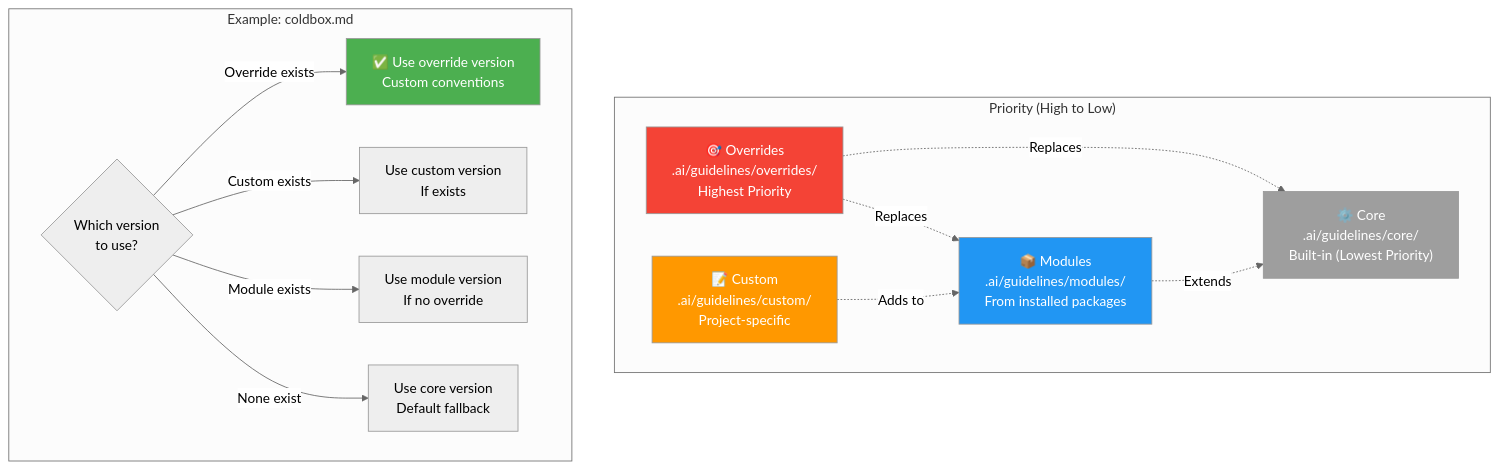
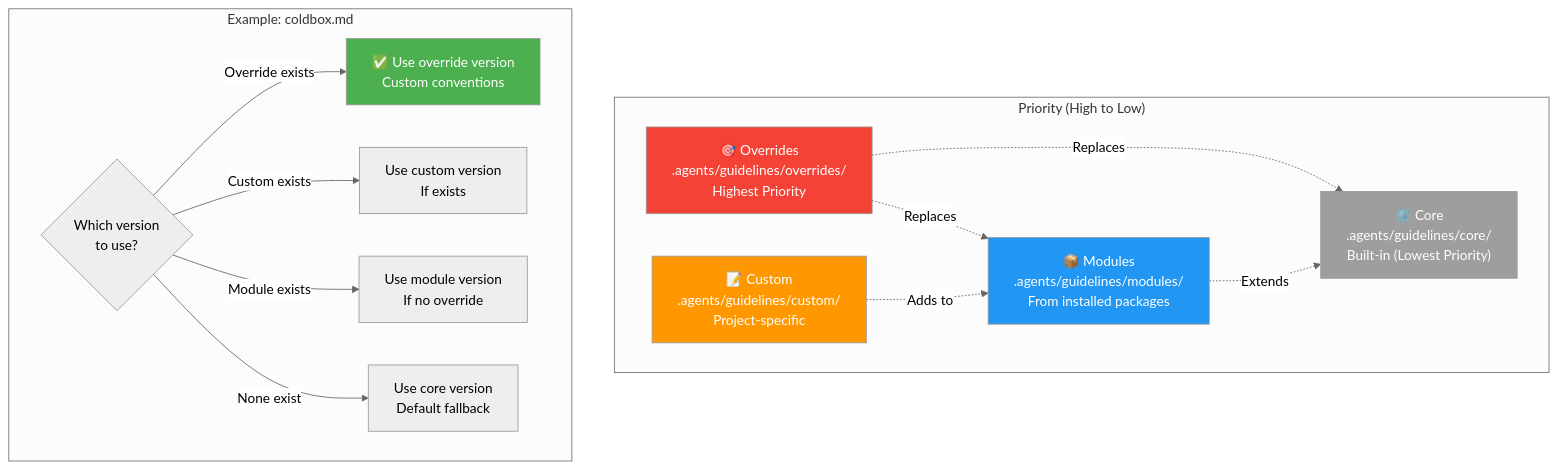
One commit to ortus-docs/coldbox-docs changed the sixth of 8 diagrams in digging-deeper/ai/agentic-coldbox.md. Above: the diagram before and after it, drawn with Mermaid (neutral theme). The commit also changed other lines of this file, not shown here.

````diff
--- a/digging-deeper/ai/agentic-coldbox.md
+++ b/digging-deeper/ai/agentic-coldbox.md
@@ -472,33 +472,33 @@
 ```mermaid
 graph TD
     subgraph "Priority (High to Low)"
-        Override["🎯 Overrides<br/>.ai/guidelines/overrides/<br/>Highest Priority"]
-        Custom["📝 Custom<br/>.ai/guidelines/custom/<br/>Project-specific"]
-        Module["📦 Modules<br/>.ai/guidelines/modules/<br/>From installed packages"]
-        Core["⚙️ Core<br/>.ai/guidelines/core/<br/>Built-in (Lowest Priority)"]
+        Override["🎯 Overrides<br/>.agents/guidelines/overrides/<br/>Highest Priority"]
+        Custom["📝 Custom<br/>.agents/guidelines/custom/<br/>Project-specific"]
+        Module["📦 Modules<br/>.agents/guidelines/modules/<br/>From installed packages"]
+        Core["⚙️ Core<br/>.agents/guidelines/core/<br/>Built-in (Lowest Priority)"]
     end
 
     Override -."Replaces".-> Core
     Override -."Replaces".-> Module
     Custom -."Adds to".-> Module
     Module -."Extends".-> Core
 
     subgraph "Example: coldbox.md"
         Check{"Which version<br/>to use?"}
         UseOverride["✅ Use override version<br/>Custom conventions"]
         UseModule["Use module version<br/>If no override"]
         UseCustom["Use custom version<br/>If exists"]
         UseCore["Use core version<br/>Default fallback"]
     end
 
     Check -->|"Override exists"| UseOverride
     Check -->|"Custom exists"| UseCustom
     Check -->|"Module exists"| UseModule
     Check -->|"None exist"| UseCore
 
     style Override fill:#f44336,color:#fff
     style Custom fill:#ff9800,color:#fff
     style Module fill:#2196f3,color:#fff
     style Core fill:#9e9e9e,color:#fff
     style UseOverride fill:#4caf50,color:#fff
 ```
````
